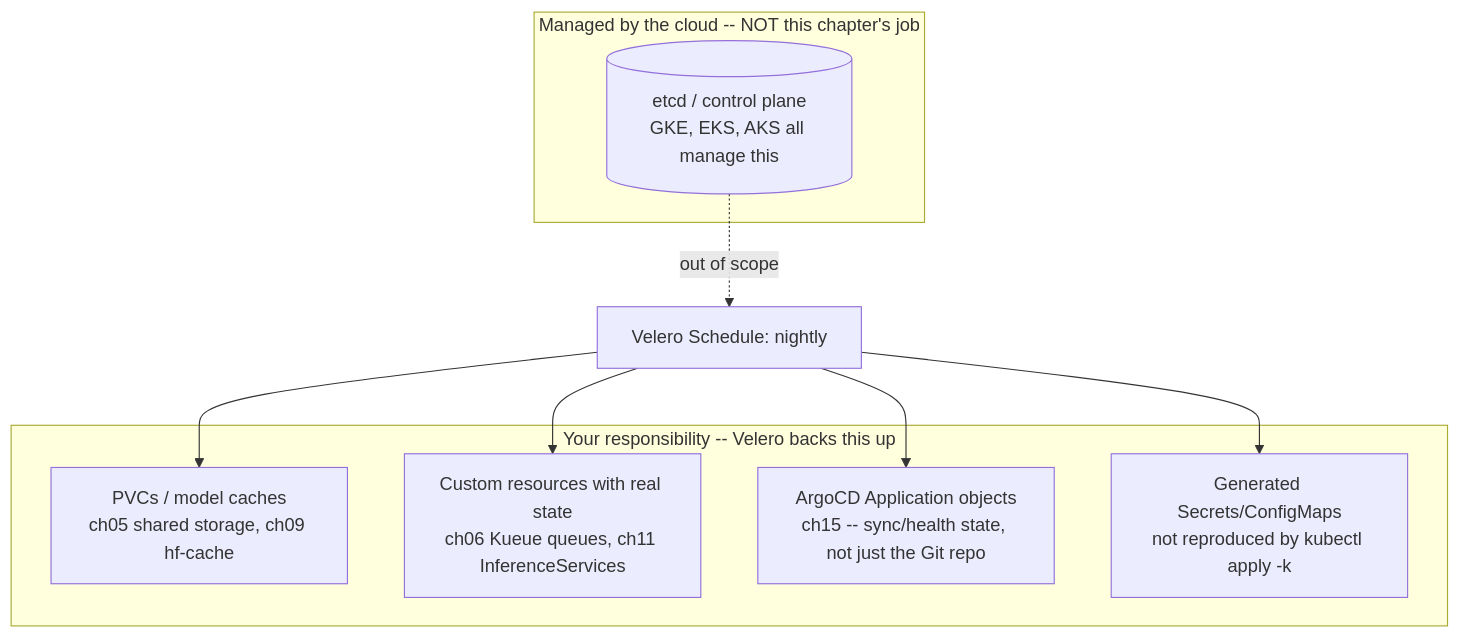
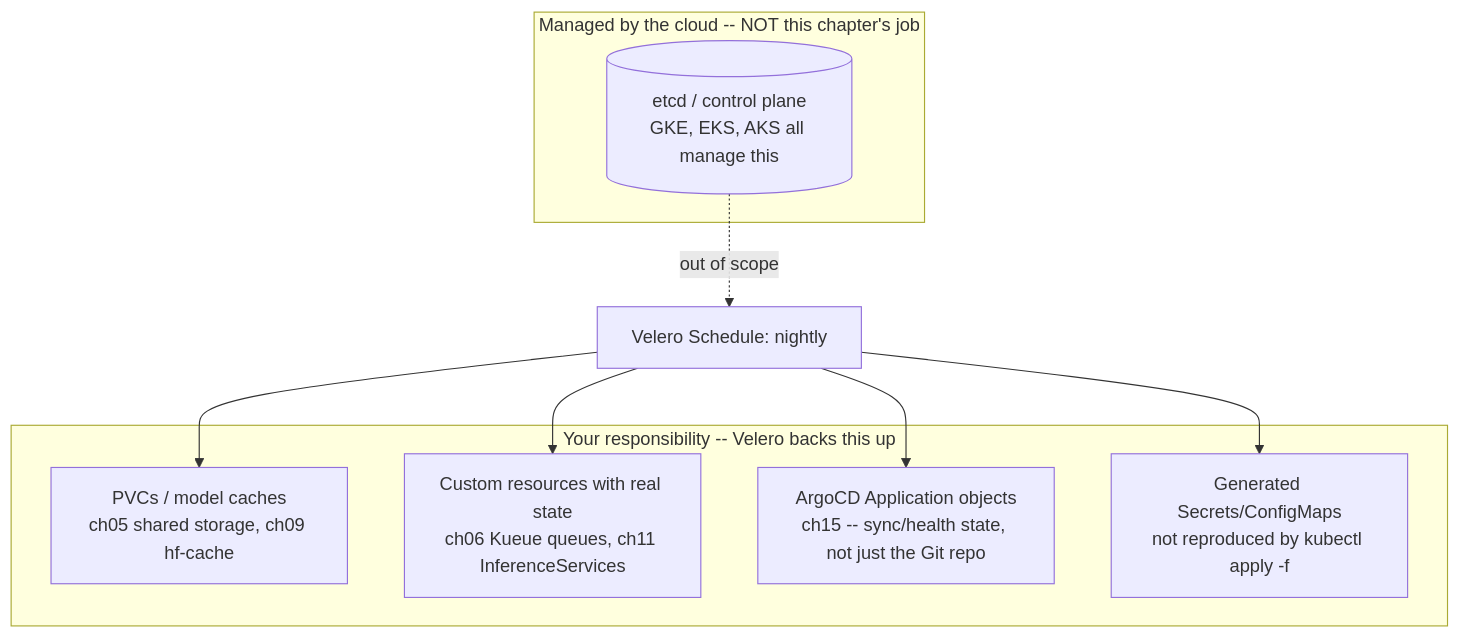
One commit to GitOpsHub/kubernetes-ai-infrastructure changed the third of 4 diagrams in 17-platform-day2-operations/README.md. Above: the diagram before and after it, drawn with Mermaid. The commit also changed other lines of this file and 343 other files, not shown here.

````diff
--- a/17-platform-day2-operations/README.md
+++ b/17-platform-day2-operations/README.md
@@ -278,17 +278,17 @@
 ```mermaid
 flowchart TB
   subgraph "Managed by the cloud -- NOT this chapter's job"
     ETCD[(etcd / control plane<br/>GKE, EKS, AKS all manage this)]
   end
   subgraph "Your responsibility -- Velero backs this up"
     PVC[PVCs / model caches<br/>ch05 shared storage, ch09 hf-cache]
     CRD[Custom resources with real state<br/>ch06 Kueue queues, ch11 InferenceServices]
     ARGO[ArgoCD Application objects<br/>ch15 -- sync/health state, not just the Git repo]
-    SEC[Generated Secrets/ConfigMaps<br/>not reproduced by kubectl apply -k]
+    SEC[Generated Secrets/ConfigMaps<br/>not reproduced by kubectl apply -f]
   end
   VELERO[Velero Schedule: nightly] --> PVC
   VELERO --> CRD
   VELERO --> ARGO
   VELERO --> SEC
   ETCD -.out of scope.-> VELERO
 ```
````
